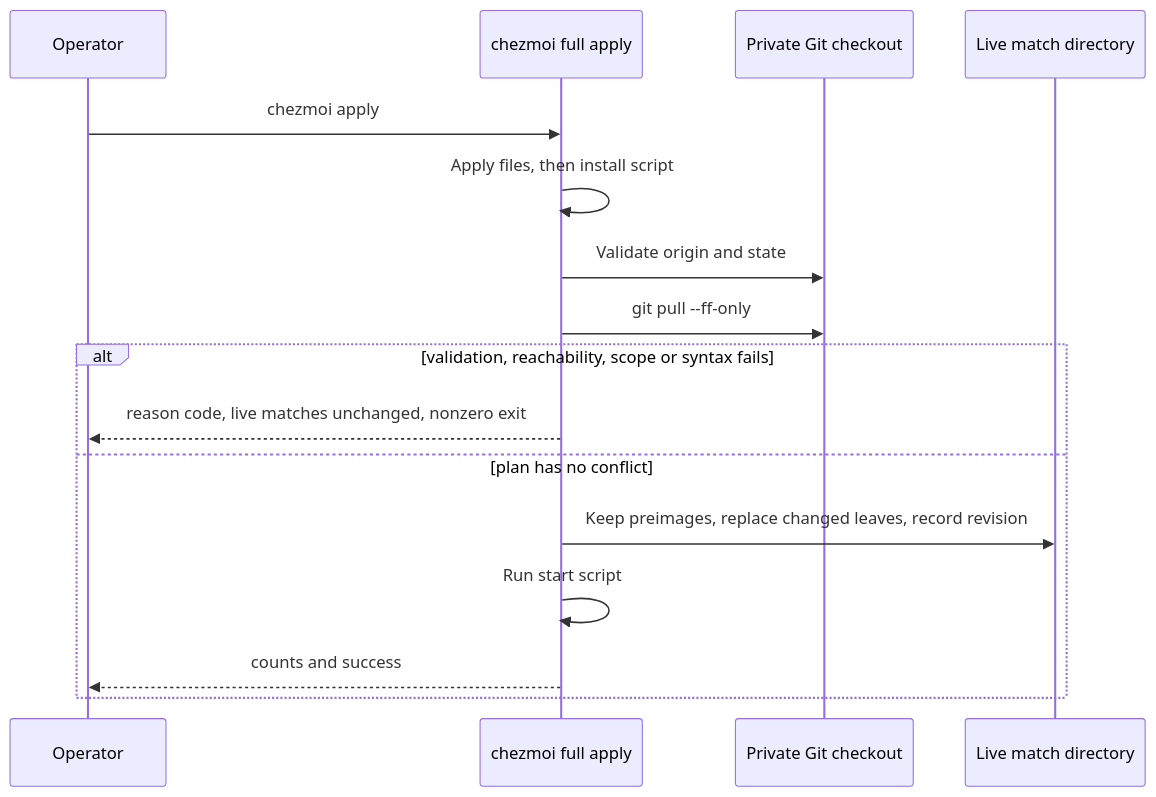
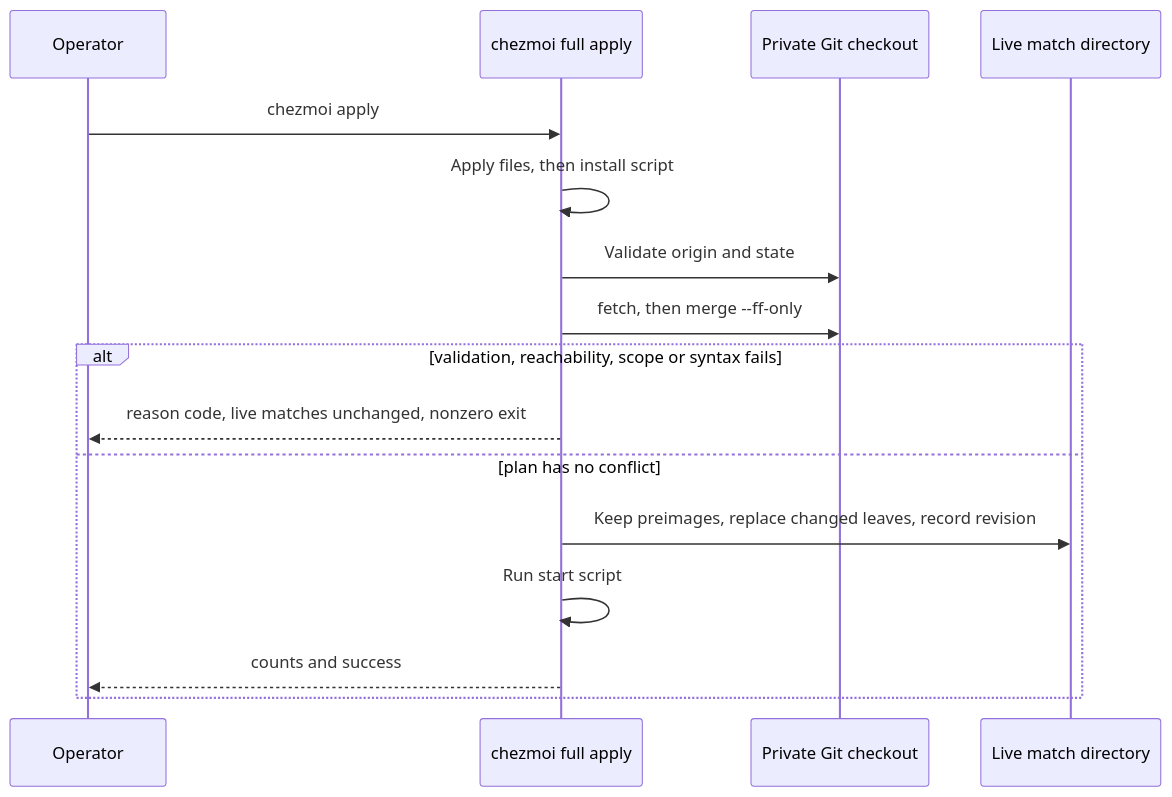
The second of 2 diagrams in docs/specs/host_tool_maintenance/features/espanso.md (Saltiola7/dotfiles), drawn with Mermaid before and after one commit. The commit also changed other lines of this file and 21 other files, not shown here.

````diff
--- a/docs/specs/host_tool_maintenance/features/espanso.md
+++ b/docs/specs/host_tool_maintenance/features/espanso.md
@@ -262,20 +273,20 @@
 ```mermaid
 sequenceDiagram
     accTitle: Enrolled full apply and private match sync
     accDescr: A full chezmoi apply applies files, then runs install, load and start scripts by name. The load script fast-forwards the private checkout and validates it before replacing live match leaves. Any failure leaves live matches unchanged and fails the apply without pushing.
     participant O as Operator
     participant Z as chezmoi full apply
     participant G as Private Git checkout
     participant L as Live match directory
     O->>Z: chezmoi apply
     Z->>Z: Apply files, then install script
     Z->>G: Validate origin and state
-    Z->>G: git pull --ff-only
+    Z->>G: fetch, then merge --ff-only
     alt validation, reachability, scope or syntax fails
         Z-->>O: reason code, live matches unchanged, nonzero exit
     else plan has no conflict
         Z->>L: Keep preimages, replace changed leaves, record revision
         Z->>Z: Run start script
         Z-->>O: counts and success
     end
 ```
````
